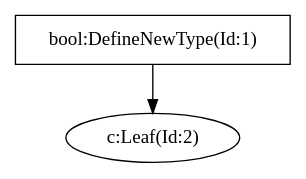
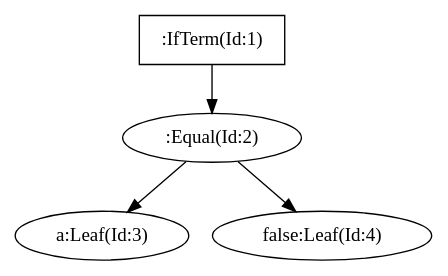
Before and after one commit to egoshin-igor/StateMachine: the diagram in Compiler/SyntacticalAnalyzerGenerator/LangFiles/astTree.dot, drawn with Graphviz. The commit also changed 18 other files, not shown here.

```diff
--- a/Compiler/SyntacticalAnalyzerGenerator/LangFiles/astTree.dot
+++ b/Compiler/SyntacticalAnalyzerGenerator/LangFiles/astTree.dot
@@ -1,1 +1,1 @@
-digraph G{"bool:DefineNewType(Id:1)" [shape = box];"bool:DefineNewType(Id:1)"->"c:Leaf(Id:2)";}
+digraph G{":IfTerm(Id:1)" [shape = box];":IfTerm(Id:1)"->":Equal(Id:2)";":Equal(Id:2)"->"a:Leaf(Id:3)";":Equal(Id:2)"->"false:Leaf(Id:4)";}
```
